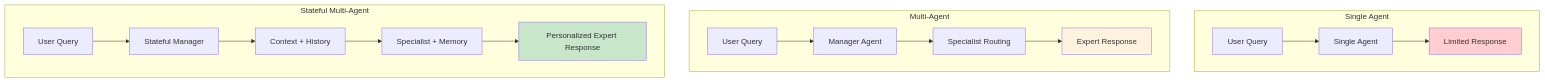
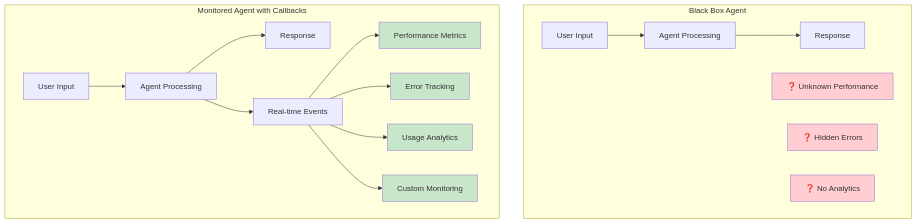
One commit to Yash-Kavaiya/agent-development-kit-crash-course changed the first of 28 diagrams in 9-callbacks/README.md. Above: the diagram before and after it, drawn with Mermaid. The commit also changed other lines of this file, not shown here.

````diff
--- a/9-callbacks/README.md
+++ b/9-callbacks/README.md
@@ -17,26 +17,31 @@
 ```mermaid
 graph TB
-    subgraph "Single Agent"
-        A1[User Query] --> B1[Single Agent]
-        B1 --> C1[Limited Response]
+    subgraph "Black Box Agent"
+        A1[User Input] --> B1[Agent Processing]
+        B1 --> C1[Response]
         
-        style C1 fill:#ffcdd2
+        D1[❓ Unknown Performance]
+        E1[❓ Hidden Errors]
+        F1[❓ No Analytics]
+        
+        style D1 fill:#ffcdd2
+        style E1 fill:#ffcdd2
+        style F1 fill:#ffcdd2
     end
     
-    subgraph "Multi-Agent"
-        A2[User Query] --> B2[Manager Agent]
-        B2 --> C2[Specialist Routing]
-        C2 --> D2[Expert Response]
+    subgraph "Monitored Agent with Callbacks"
+        A2[User Input] --> B2[Agent Processing]
+        B2 --> C2[Response]
         
-        style D2 fill:#fff3e0
-    end
-    
-    subgraph "Stateful Multi-Agent"
-        A3[User Query] --> B3[Stateful Manager]
-        B3 --> C3[Context + History]
-        C3 --> D3[Specialist + Memory]
-        D3 --> E3[Personalized Expert Response]
+        B2 --> G2[Real-time Events]
+        G2 --> H2[Performance Metrics]
+        G2 --> I2[Error Tracking]
+        G2 --> J2[Usage Analytics]
+        G2 --> K2[Custom Monitoring]
         
-        style E3 fill:#c8e6c9
+        style H2 fill:#c8e6c9
+        style I2 fill:#c8e6c9
+        style J2 fill:#c8e6c9
+        style K2 fill:#c8e6c9
     end
 ```
````
